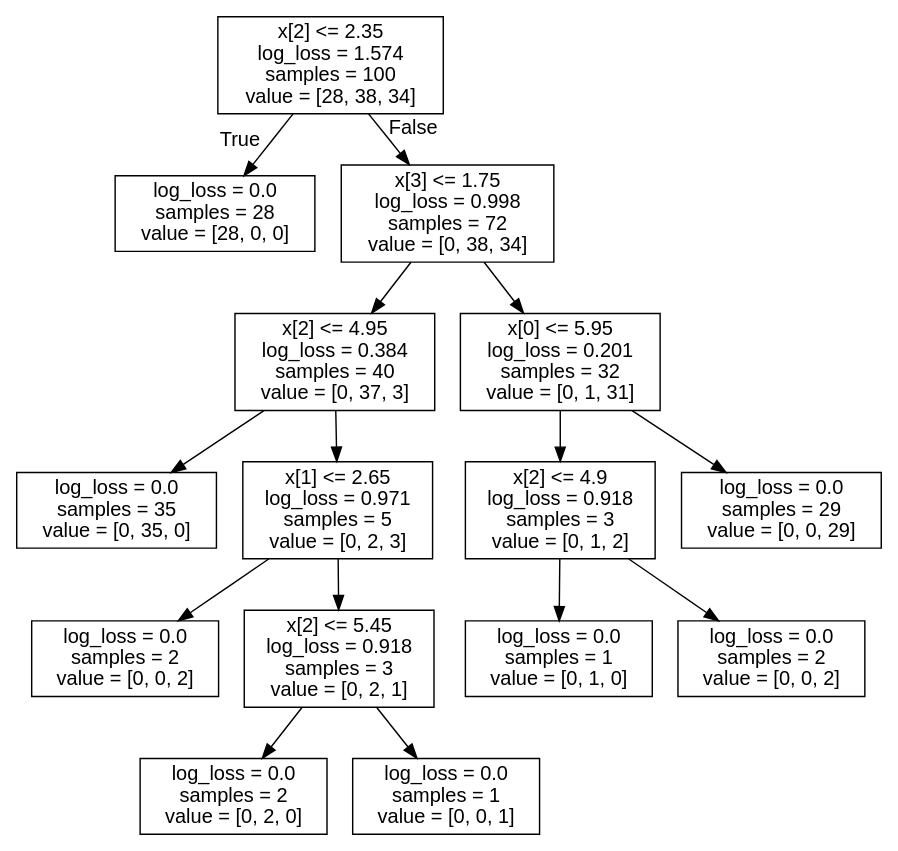
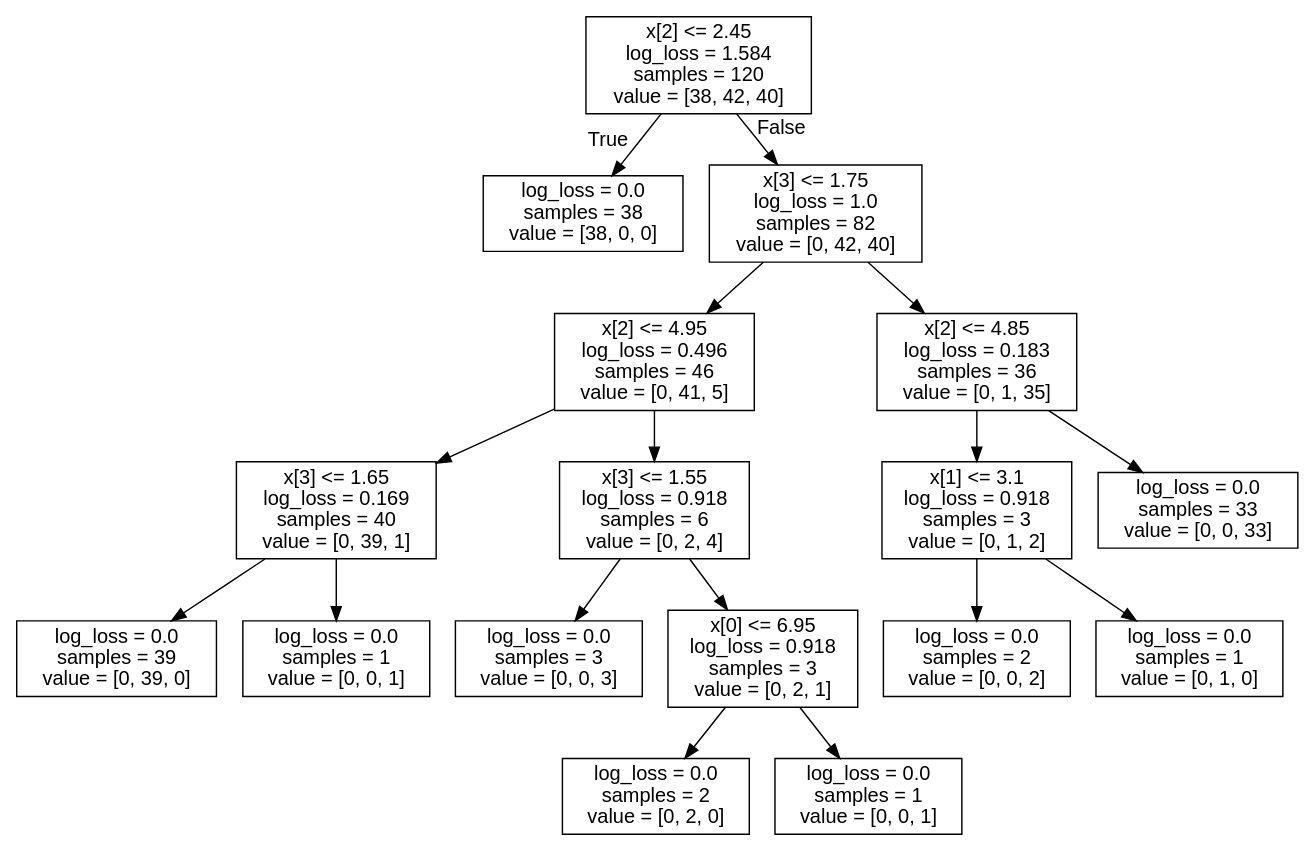
The diagram in irisLogLoss.dot (anjaneyak10/DecisionTree), drawn with Graphviz before and after one commit. The commit also changed 5 other files, not shown here.

```diff
--- a/irisLogLoss.dot
+++ b/irisLogLoss.dot
@@ -1,33 +1,37 @@
 digraph Tree {
 node [shape=box, fontname="helvetica"] ;
 edge [fontname="helvetica"] ;
-0 [label="x[2] <= 2.35\nlog_loss = 1.574\nsamples = 100\nvalue = [28, 38, 34]"] ;
-1 [label="log_loss = 0.0\nsamples = 28\nvalue = [28, 0, 0]"] ;
+0 [label="x[2] <= 2.45\nlog_loss = 1.584\nsamples = 120\nvalue = [38, 42, 40]"] ;
+1 [label="log_loss = 0.0\nsamples = 38\nvalue = [38, 0, 0]"] ;
 0 -> 1 [labeldistance=2.5, labelangle=45, headlabel="True"] ;
-2 [label="x[3] <= 1.75\nlog_loss = 0.998\nsamples = 72\nvalue = [0, 38, 34]"] ;
+2 [label="x[3] <= 1.75\nlog_loss = 1.0\nsamples = 82\nvalue = [0, 42, 40]"] ;
 0 -> 2 [labeldistance=2.5, labelangle=-45, headlabel="False"] ;
-3 [label="x[2] <= 4.95\nlog_loss = 0.384\nsamples = 40\nvalue = [0, 37, 3]"] ;
+3 [label="x[2] <= 4.95\nlog_loss = 0.496\nsamples = 46\nvalue = [0, 41, 5]"] ;
 2 -> 3 ;
-4 [label="log_loss = 0.0\nsamples = 35\nvalue = [0, 35, 0]"] ;
+4 [label="x[3] <= 1.65\nlog_loss = 0.169\nsamples = 40\nvalue = [0, 39, 1]"] ;
 3 -> 4 ;
-5 [label="x[1] <= 2.65\nlog_loss = 0.971\nsamples = 5\nvalue = [0, 2, 3]"] ;
-3 -> 5 ;
-6 [label="log_loss = 0.0\nsamples = 2\nvalue = [0, 0, 2]"] ;
-5 -> 6 ;
-7 [label="x[2] <= 5.45\nlog_loss = 0.918\nsamples = 3\nvalue = [0, 2, 1]"] ;
-5 -> 7 ;
-8 [label="log_loss = 0.0\nsamples = 2\nvalue = [0, 2, 0]"] ;
+5 [label="log_loss = 0.0\nsamples = 39\nvalue = [0, 39, 0]"] ;
+4 -> 5 ;
+6 [label="log_loss = 0.0\nsamples = 1\nvalue = [0, 0, 1]"] ;
+4 -> 6 ;
+7 [label="x[3] <= 1.55\nlog_loss = 0.918\nsamples = 6\nvalue = [0, 2, 4]"] ;
+3 -> 7 ;
+8 [label="log_loss = 0.0\nsamples = 3\nvalue = [0, 0, 3]"] ;
 7 -> 8 ;
-9 [label="log_loss = 0.0\nsamples = 1\nvalue = [0, 0, 1]"] ;
+9 [label="x[0] <= 6.95\nlog_loss = 0.918\nsamples = 3\nvalue = [0, 2, 1]"] ;
 7 -> 9 ;
-10 [label="x[0] <= 5.95\nlog_loss = 0.201\nsamples = 32\nvalue = [0, 1, 31]"] ;
-2 -> 10 ;
-11 [label="x[2] <= 4.9\nlog_loss = 0.918\nsamples = 3\nvalue = [0, 1, 2]"] ;
-10 -> 11 ;
-12 [label="log_loss = 0.0\nsamples = 1\nvalue = [0, 1, 0]"] ;
-11 -> 12 ;
-13 [label="log_loss = 0.0\nsamples = 2\nvalue = [0, 0, 2]"] ;
-11 -> 13 ;
-14 [label="log_loss = 0.0\nsamples = 29\nvalue = [0, 0, 29]"] ;
-10 -> 14 ;
+10 [label="log_loss = 0.0\nsamples = 2\nvalue = [0, 2, 0]"] ;
+9 -> 10 ;
+11 [label="log_loss = 0.0\nsamples = 1\nvalue = [0, 0, 1]"] ;
+9 -> 11 ;
+12 [label="x[2] <= 4.85\nlog_loss = 0.183\nsamples = 36\nvalue = [0, 1, 35]"] ;
+2 -> 12 ;
+13 [label="x[1] <= 3.1\nlog_loss = 0.918\nsamples = 3\nvalue = [0, 1, 2]"] ;
+12 -> 13 ;
+14 [label="log_loss = 0.0\nsamples = 2\nvalue = [0, 0, 2]"] ;
+13 -> 14 ;
+15 [label="log_loss = 0.0\nsamples = 1\nvalue = [0, 1, 0]"] ;
+13 -> 15 ;
+16 [label="log_loss = 0.0\nsamples = 33\nvalue = [0, 0, 33]"] ;
+12 -> 16 ;
 }
```
